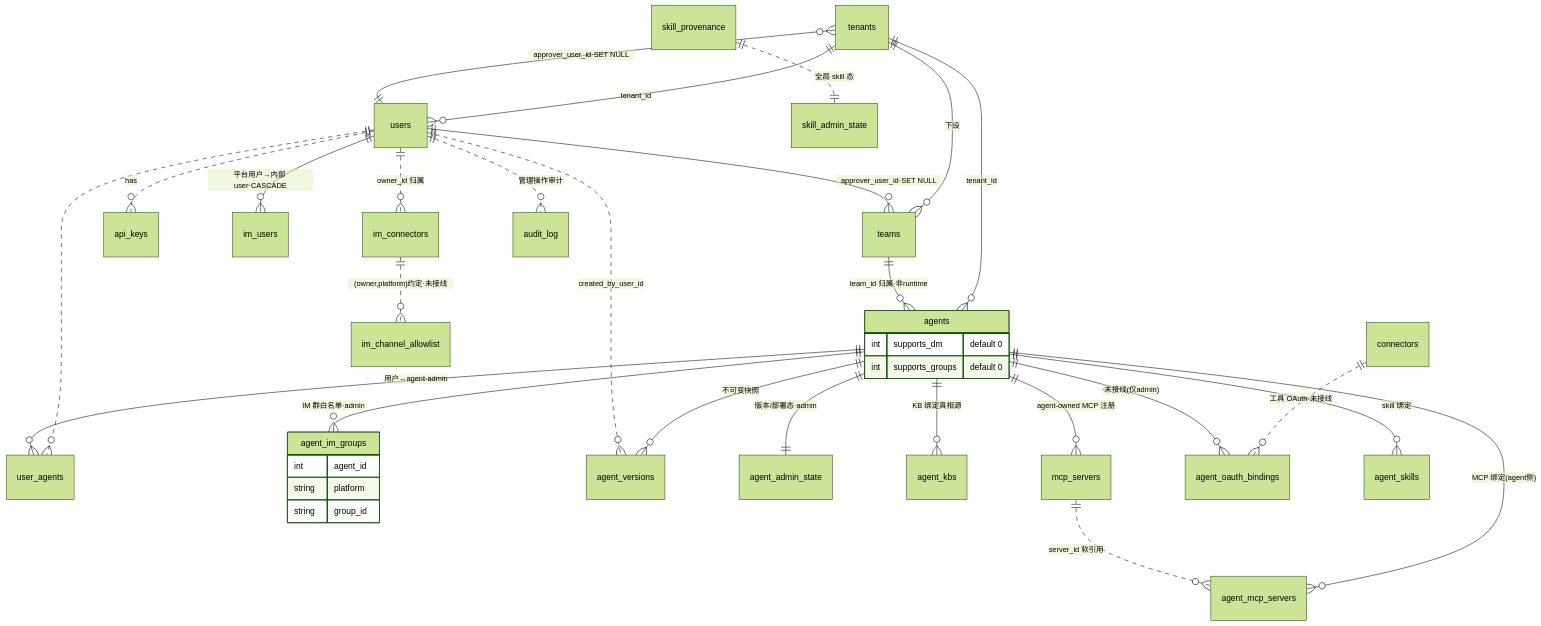
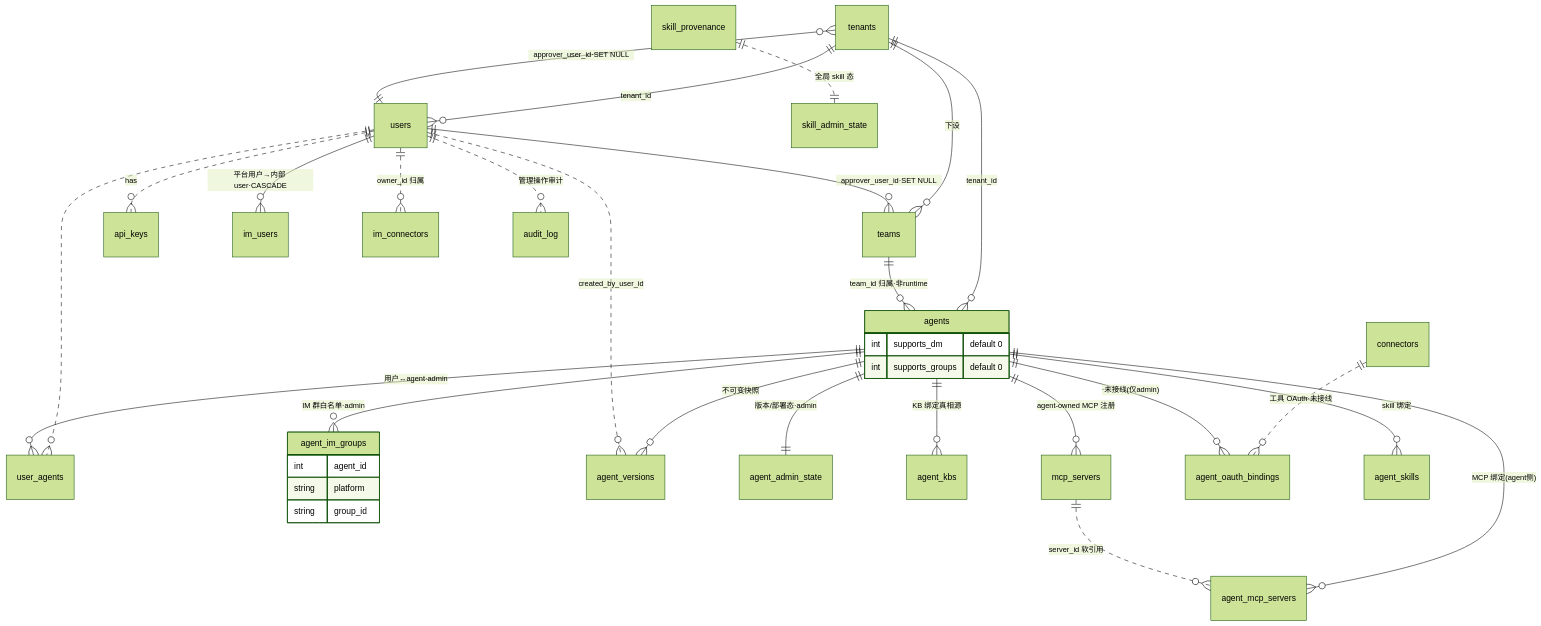
One commit to Summy2104/fleetent changed the second of 4 diagrams in docs/architecture/data-model.md. Above: the diagram before and after it, drawn with Mermaid (forest theme). The commit also changed other lines of this file and 41 other files, not shown here.

Commit message:
fix(platform): descope im channel allowlist

````diff
--- a/docs/architecture/data-model.md
+++ b/docs/architecture/data-model.md
@@ -129,37 +129,36 @@
 ```mermaid
 erDiagram
   tenants ||--o{ teams : "下设"
   tenants ||--o{ users : "tenant_id"
   tenants ||--o{ agents : "tenant_id"
   teams ||--o{ agents : "team_id 归属·非runtime"
   users ||..o{ api_keys : "has"
   users ||..o{ user_agents : ""
   agents ||--o{ user_agents : "用户↔agent·admin"
   agents ||--o{ agent_im_groups : "IM 群白名单·admin"
   users ||--o{ im_users : "平台用户→内部 user·CASCADE"
   users ||..o{ im_connectors : "owner_id 归属"
   users ||--o{ tenants : "approver_user_id·SET NULL"
   users ||--o{ teams : "approver_user_id·SET NULL"
-  im_connectors ||..o{ im_channel_allowlist : "(owner,platform)约定·未接线"
   agents ||--o{ agent_versions : "不可变快照"
   users ||..o{ agent_versions : "created_by_user_id"
   agents ||--|| agent_admin_state : "版本/部署态·admin"
   agents ||--o{ agent_kbs : "KB 绑定真相源"
   agents ||--o{ mcp_servers : "agent-owned MCP 注册"
   agents ||--o{ agent_mcp_servers : "MCP 绑定(agent侧)"
   mcp_servers ||..o{ agent_mcp_servers : "server_id 软引用"
   connectors ||..o{ agent_oauth_bindings : "工具 OAuth·未接线"
   agents ||--o{ agent_oauth_bindings : "·未接线(仅admin)"
   agents ||--o{ agent_skills : "skill 绑定"
   users ||..o{ audit_log : "管理操作审计"
   skill_provenance ||..|| skill_admin_state : "全局 skill 态"
   agents {
     int supports_dm "default 0"
     int supports_groups "default 0"
   }
   agent_im_groups {
     int agent_id
     string platform
     string group_id
   }
 ```
````
